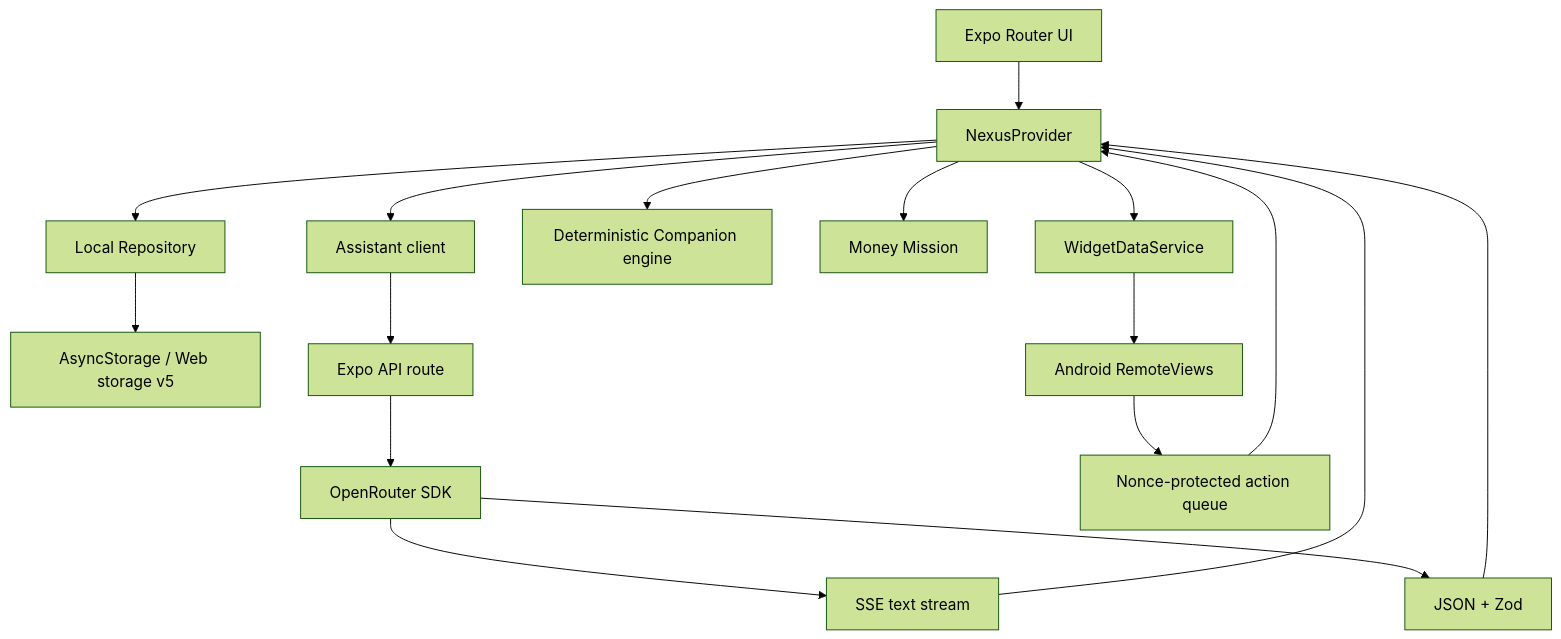
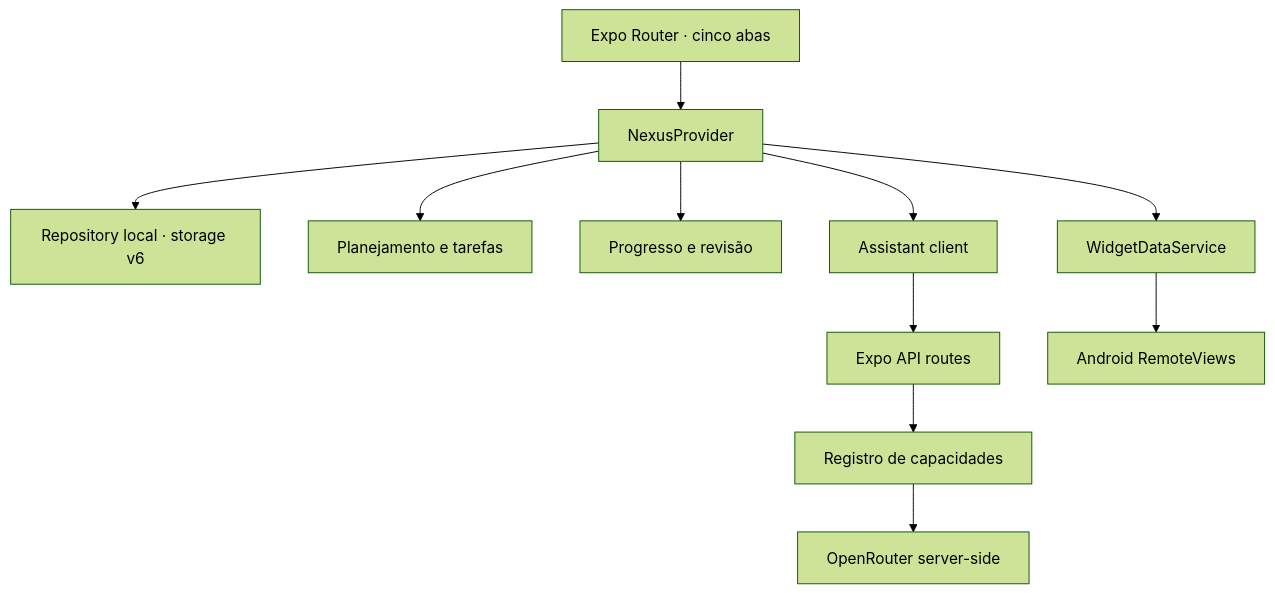
The diagram in docs/ARCHITECTURE.md (Guuh-dev/Nexus-AI-v2), drawn with Mermaid (forest theme) before and after one commit. The commit also changed other lines of this file and 17 other files, not shown here.

Commit message:
docs: record v3 architecture, risks, and handoff

````diff
--- a/docs/ARCHITECTURE.md
+++ b/docs/ARCHITECTURE.md
@@ -5,19 +7,13 @@
 ```mermaid
 flowchart TD
-  UI[Expo Router UI] --> Store[NexusProvider]
-  Store --> Repo[Local Repository]
-  Repo --> Storage[AsyncStorage / Web storage v5]
-  Store --> Client[Assistant client]
-  Client --> API[Expo API route]
-  API --> Router[OpenRouter SDK]
-  Router --> Stream[SSE text stream]
-  Router --> Structured[JSON + Zod]
-  Stream --> Store
-  Structured --> Store
-  Store --> Companion[Deterministic Companion engine]
-  Store --> Finance[Money Mission]
-  Store --> Bridge[WidgetDataService]
-  Bridge --> Native[Android RemoteViews]
-  Native --> Queue[Nonce-protected action queue]
-  Queue --> Store
+  UI[Expo Router · cinco abas] --> Provider[NexusProvider]
+  Provider --> Storage[Repository local · storage v6]
+  Provider --> Planning[Planejamento e tarefas]
+  Provider --> Review[Progresso e revisão]
+  Provider --> Widget[WidgetDataService]
+  Provider --> Client[Assistant client]
+  Client --> Routes[Expo API routes]
+  Routes --> Policy[Registro de capacidades]
+  Policy --> OpenRouter[OpenRouter server-side]
+  Widget --> Native[Android RemoteViews]
 ```
````
